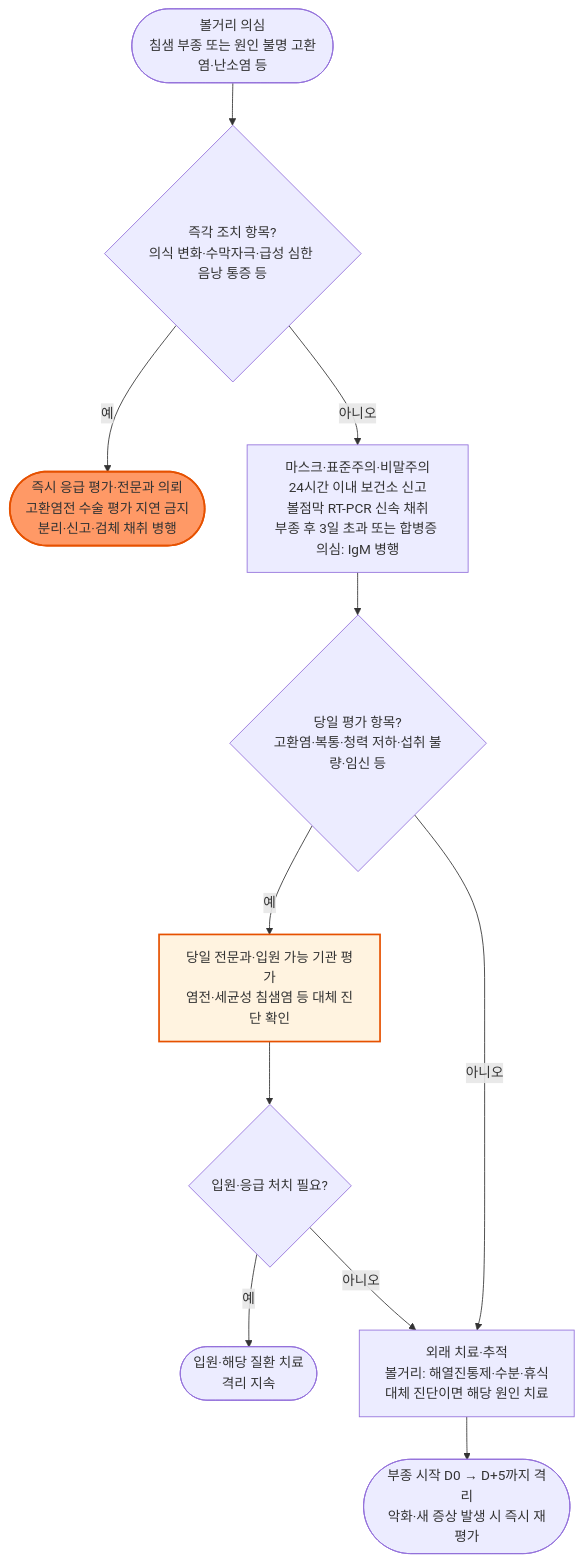
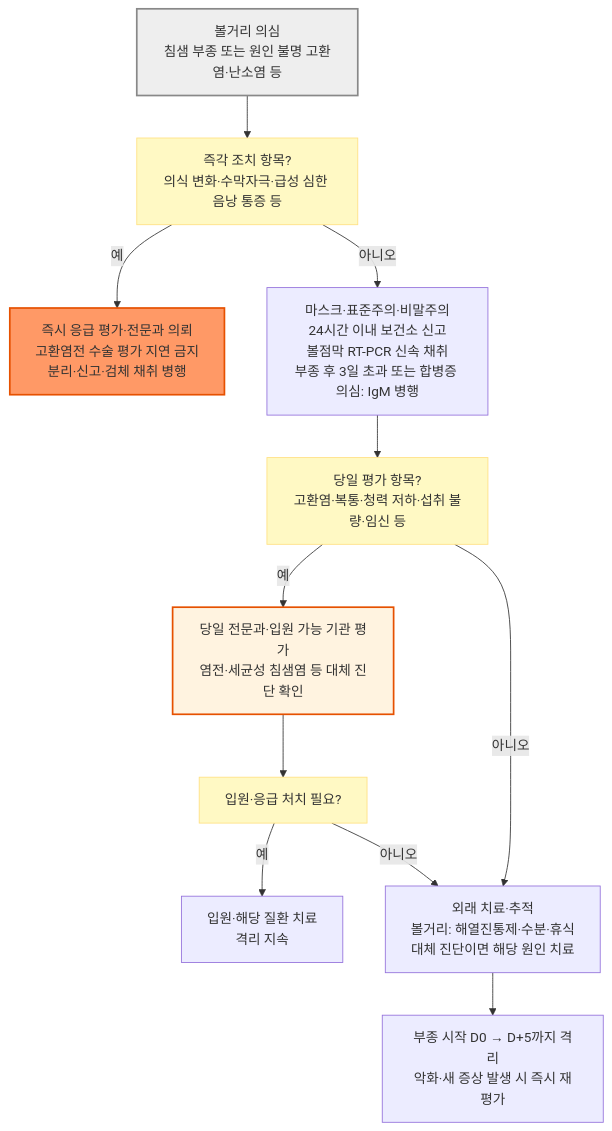
Before and after one commit to familyoh77/familyoh77: the diagram in 230_/197_-mumps.md, drawn with Mermaid. The commit also changed other lines of this file and 16 other files, not shown here.

````diff
--- a/230_/197_-mumps.md
+++ b/230_/197_-mumps.md
@@ -138,15 +138,19 @@
 ```mermaid
 flowchart TD
-    A(["볼거리 의심<br/>침샘 부종 또는 원인 불명 고환염·난소염 등"]) --> B{"즉각 조치 항목?<br/>의식 변화·수막자극·급성 심한 음낭 통증 등"}
-    B -- 예 --> F(["즉시 응급 평가·전문과 의뢰<br/>고환염전 수술 평가 지연 금지<br/>분리·신고·검체 채취 병행"])
-    B -- 아니오 --> D["마스크·표준주의·비말주의<br/>24시간 이내 보건소 신고<br/>볼점막 RT-PCR 신속 채취<br/>부종 후 3일 초과 또는 합병증 의심: IgM 병행"]
-    D --> Q{"당일 평가 항목?<br/>고환염·복통·청력 저하·섭취 불량·임신 등"}
-    Q -- 예 --> K["당일 전문과·입원 가능 기관 평가<br/>염전·세균성 침샘염 등 대체 진단 확인"]
-    K --> V{"입원·응급 처치 필요?"}
-    V -- 예 --> H(["입원·해당 질환 치료<br/>격리 지속"])
-    V -- 아니오 --> I["외래 치료·추적<br/>볼거리: 해열진통제·수분·휴식<br/>대체 진단이면 해당 원인 치료"]
-    Q -- 아니오 --> I
-    I --> R(["부종 시작 D0 → D+5까지 격리<br/>악화·새 증상 발생 시 즉시 재평가"])
+    A["볼거리 의심<br/>침샘 부종 또는 원인 불명 고환염·난소염 등"] --> B["즉각 조치 항목?<br/>의식 변화·수막자극·급성 심한 음낭 통증 등"]
+    B -- "예" --> F["즉시 응급 평가·전문과 의뢰<br/>고환염전 수술 평가 지연 금지<br/>분리·신고·검체 채취 병행"]
+    B -- "아니오" --> D["마스크·표준주의·비말주의<br/>24시간 이내 보건소 신고<br/>볼점막 RT-PCR 신속 채취<br/>부종 후 3일 초과 또는 합병증 의심: IgM 병행"]
+    D --> Q["당일 평가 항목?<br/>고환염·복통·청력 저하·섭취 불량·임신 등"]
+    Q -- "예" --> K["당일 전문과·입원 가능 기관 평가<br/>염전·세균성 침샘염 등 대체 진단 확인"]
+    K --> V["입원·응급 처치 필요?"]
+    V -- "예" --> H["입원·해당 질환 치료<br/>격리 지속"]
+    V -- "아니오" --> I["외래 치료·추적<br/>볼거리: 해열진통제·수분·휴식<br/>대체 진단이면 해당 원인 치료"]
+    Q -- "아니오" --> I
+    I --> R["부종 시작 D0 → D+5까지 격리<br/>악화·새 증상 발생 시 즉시 재평가"]
+
+    classDef question fill:#fff9c4,stroke:#ffe082
+    class B,Q,V question
+    style A fill:#eeeeee,stroke:#888888,stroke-width:2px
     style F fill:#f96,stroke:#e65100,stroke-width:2px
     style K fill:#fff3e0,stroke:#e65100,stroke-width:2px
 ```
````
